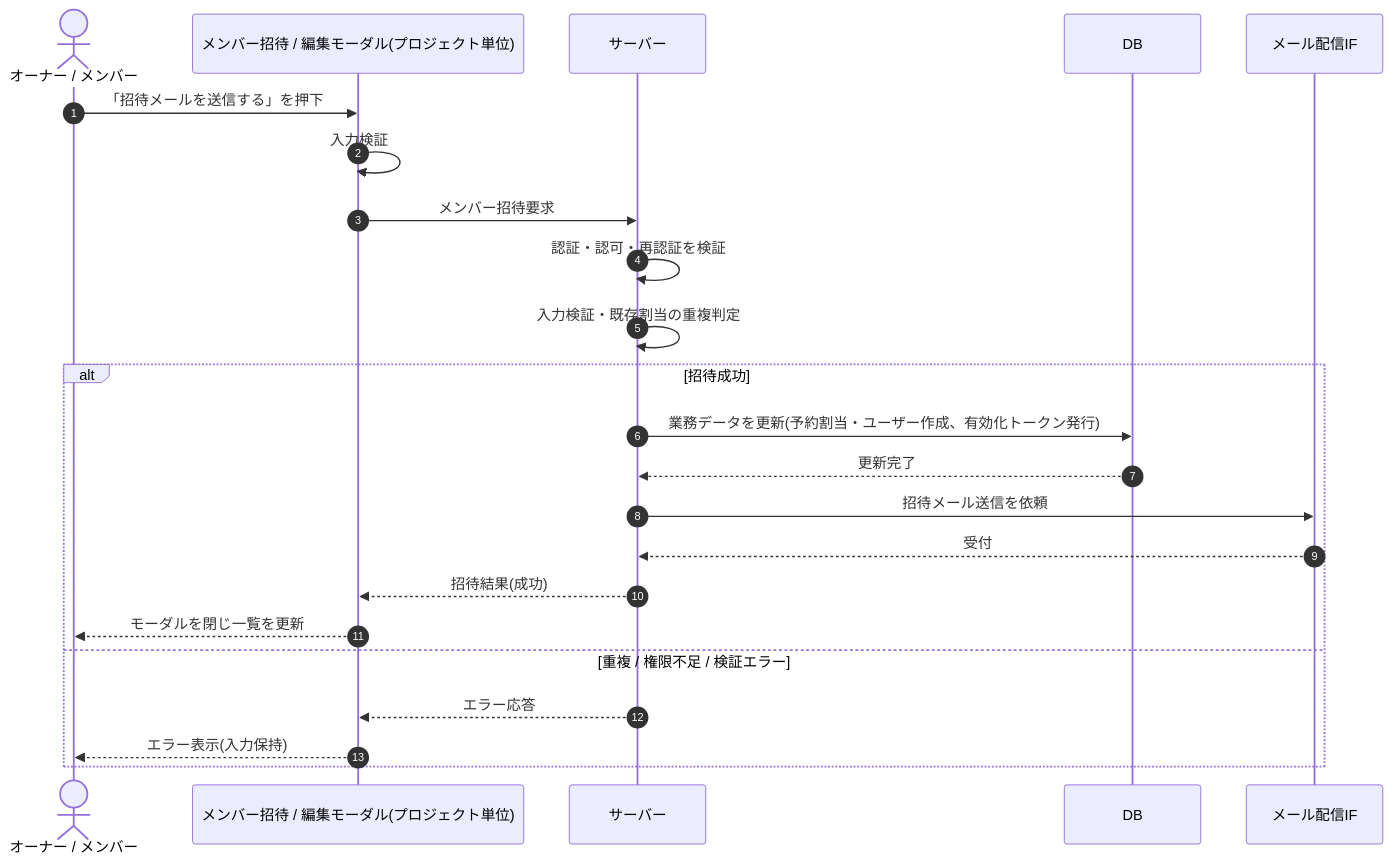
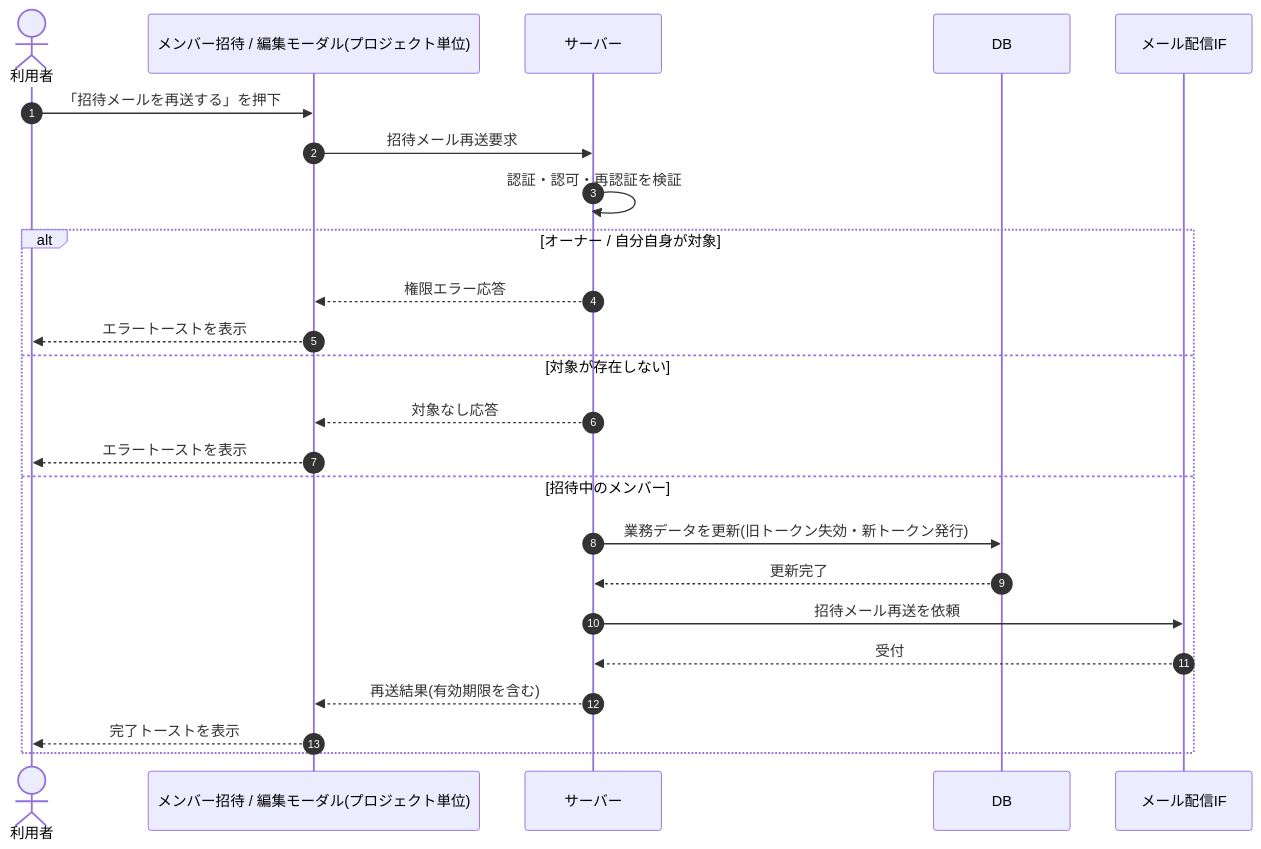
Before and after one commit to sikakou54/open-faq: the diagram in 02_basic_design/03_sequences/SEQ-048.md, drawn with Mermaid. The commit also changed other lines of this file and 395 other files, not shown here.

````diff
--- a/02_basic_design/03_sequences/SEQ-048.md
+++ b/02_basic_design/03_sequences/SEQ-048.md
@@ -25,25 +25,26 @@
 ```mermaid
 sequenceDiagram
   autonumber
-  actor U as オーナー / メンバー
+  actor U as 利用者
   participant Screen as メンバー招待 / 編集モーダル(プロジェクト単位)
   participant Server as サーバー
   participant DB as DB
   participant MAIL as メール配信IF
-  U->>Screen: 「招待メールを送信する」を押下
-  Screen->>Screen: 入力検証
-  Screen->>Server: メンバー招待要求
+  U->>Screen: 「招待メールを再送する」を押下
+  Screen->>Server: 招待メール再送要求
   Server->>Server: 認証・認可・再認証を検証
-  Server->>Server: 入力検証・既存割当の重複判定
-  alt 招待成功
-    Server->>DB: 業務データを更新(予約割当・ユーザー作成、有効化トークン発行)
+  alt オーナー / 自分自身が対象
+    Server-->>Screen: 権限エラー応答
+    Screen-->>U: エラートーストを表示
+  else 対象が存在しない
+    Server-->>Screen: 対象なし応答
+    Screen-->>U: エラートーストを表示
+  else 招待中のメンバー
+    Server->>DB: 業務データを更新(旧トークン失効・新トークン発行)
     DB-->>Server: 更新完了
-    Server->>MAIL: 招待メール送信を依頼
+    Server->>MAIL: 招待メール再送を依頼
     MAIL-->>Server: 受付
-    Server-->>Screen: 招待結果(成功)
-    Screen-->>U: モーダルを閉じ一覧を更新
-  else 重複 / 権限不足 / 検証エラー
-    Server-->>Screen: エラー応答
-    Screen-->>U: エラー表示(入力保持)
+    Server-->>Screen: 再送結果(有効期限を含む)
+    Screen-->>U: 完了トーストを表示
   end
 ```
````
